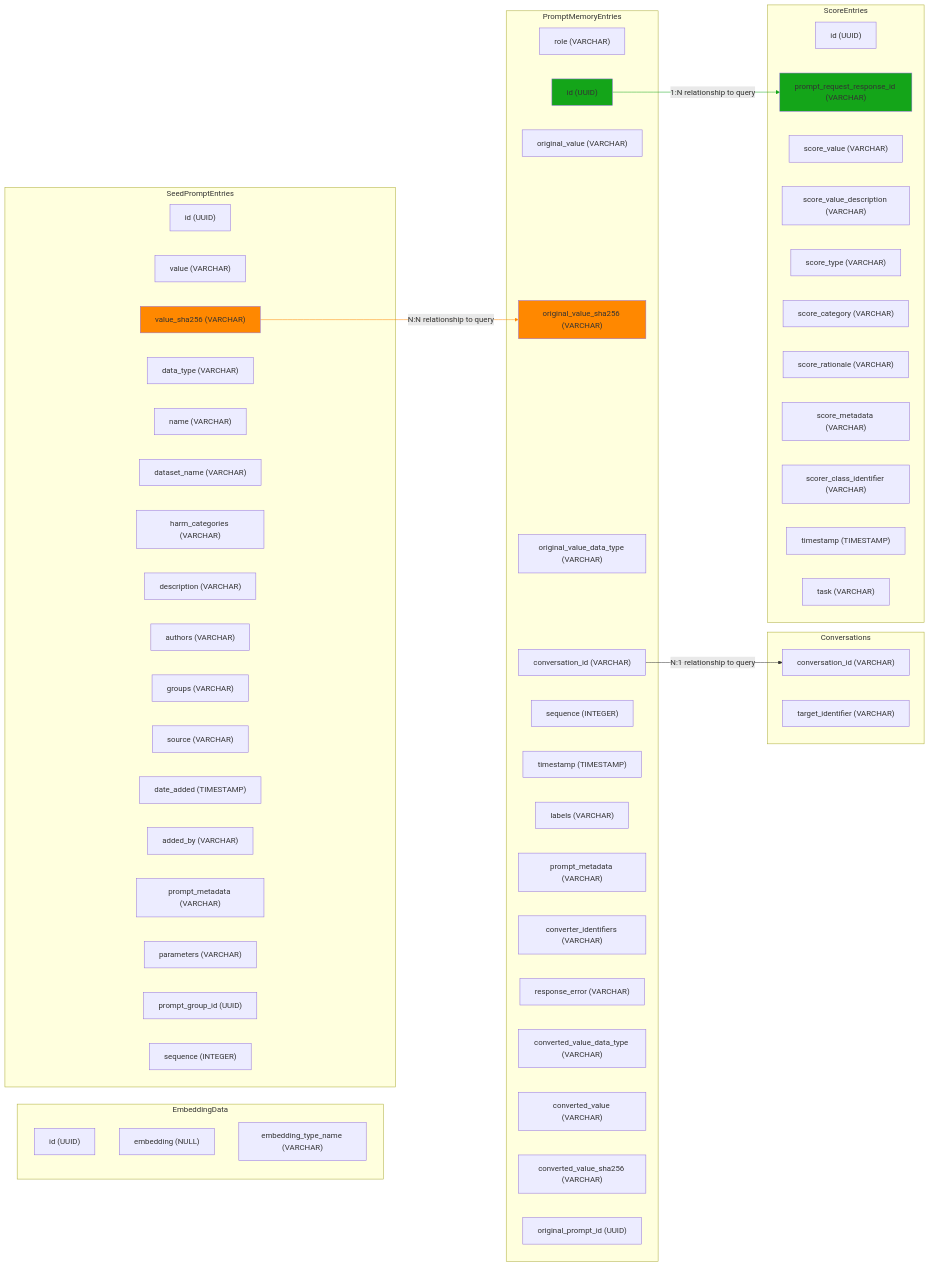
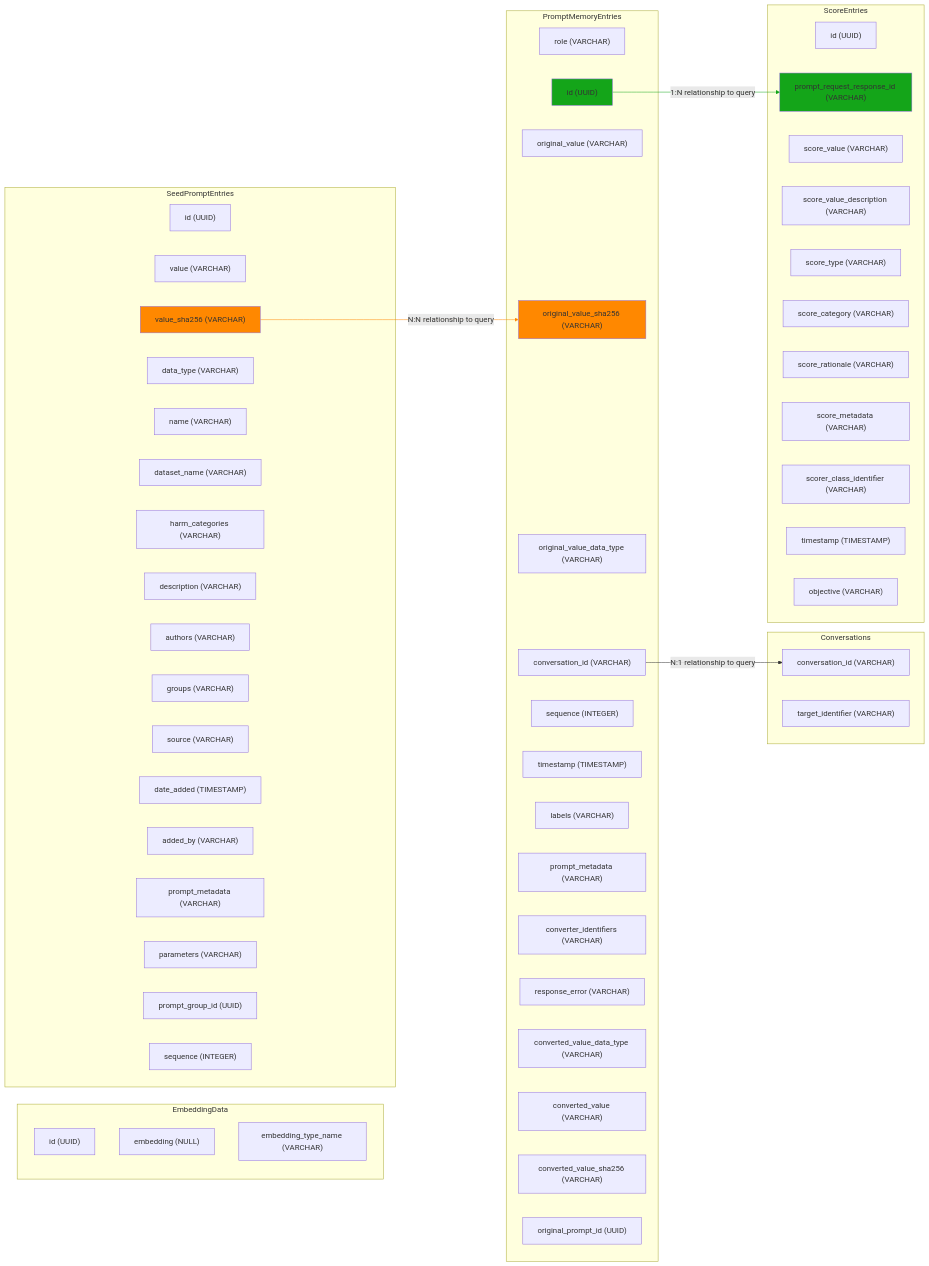
Before and after one commit to riedgar-ms/PyRIT: the diagram in doc/code/memory/9_schema_diagram.md, drawn with Mermaid. The commit also changed 97 other files, not shown here.

````diff
--- a/doc/code/memory/9_schema_diagram.md
+++ b/doc/code/memory/9_schema_diagram.md
@@ -5,72 +5,72 @@
 ```{mermaid}
 flowchart LR
  subgraph EmbeddingData["EmbeddingData"]
         E_id["id (UUID)"]
         E_embedding["embedding (NULL)"]
         E_embedding_type_name["embedding_type_name (VARCHAR)"]
   end
  subgraph SeedPromptEntries["SeedPromptEntries"]
         S_id["id (UUID)"]
         S_value["value (VARCHAR)"]
         S_value_sha256["value_sha256 (VARCHAR)"]
         S_data_type["data_type (VARCHAR)"]
         S_name["name (VARCHAR)"]
         S_dataset_name["dataset_name (VARCHAR)"]
         S_harm_categories["harm_categories (VARCHAR)"]
         S_description["description (VARCHAR)"]
         S_authors["authors (VARCHAR)"]
         S_groups["groups (VARCHAR)"]
         S_source["source (VARCHAR)"]
         S_date_added["date_added (TIMESTAMP)"]
         S_added_by["added_by (VARCHAR)"]
         S_prompt_metadata["prompt_metadata (VARCHAR)"]
         S_parameters["parameters (VARCHAR)"]
         S_prompt_group_id["prompt_group_id (UUID)"]
         S_sequence["sequence (INTEGER)"]
   end
  subgraph PromptMemoryEntries["PromptMemoryEntries"]
         P_role["role (VARCHAR)"]
         P_id["id (UUID)"]
         P_original_value["original_value (VARCHAR)"]
         P_original_value_sha256["original_value_sha256 (VARCHAR)"]
         P_original_value_data_type["original_value_data_type (VARCHAR)"]
         P_conversation_id["conversation_id (VARCHAR)"]
         P_sequence["sequence (INTEGER)"]
         P_timestamp["timestamp (TIMESTAMP)"]
         P_labels["labels (VARCHAR)"]
         P_prompt_metadata["prompt_metadata (VARCHAR)"]
         P_converter_identifiers["converter_identifiers (VARCHAR)"]
         P_response_error["response_error (VARCHAR)"]
         P_converted_value_data_type["converted_value_data_type (VARCHAR)"]
         P_converted_value["converted_value (VARCHAR)"]
         P_converted_value_sha256["converted_value_sha256 (VARCHAR)"]
         P_original_prompt_id["original_prompt_id (UUID)"]
   end
  subgraph Conversations["Conversations"]
         C_conversation_id["conversation_id (VARCHAR)"]
         C_target_identifier["target_identifier (VARCHAR)"]
   end
  subgraph ScoreEntries["ScoreEntries"]
         Sc_id["id (UUID)"]
         Sc_prompt_request_response_id["prompt_request_response_id (VARCHAR)"]
         Sc_score_value["score_value (VARCHAR)"]
         Sc_score_value_description["score_value_description (VARCHAR)"]
         Sc_score_type["score_type (VARCHAR)"]
         Sc_score_category["score_category (VARCHAR)"]
         Sc_score_rationale["score_rationale (VARCHAR)"]
         Sc_score_metadata["score_metadata (VARCHAR)"]
         Sc_scorer_class_identifier["scorer_class_identifier (VARCHAR)"]
         Sc_timestamp["timestamp (TIMESTAMP)"]
-        Sc_task["task (VARCHAR)"]
+        Sc_objective["objective (VARCHAR)"]
   end
     S_value_sha256 -- N:N relationship to query --> P_original_value_sha256
     P_id -- 1:N relationship to query --> Sc_prompt_request_response_id
     P_conversation_id -- N:1 relationship to query --> C_conversation_id
 
     style S_value_sha256 fill:#ff8800ff
     style P_id fill:#14a519ff
     style P_original_value_sha256 fill:#ff8800ff
     style Sc_prompt_request_response_id fill:#14a519ff
     linkStyle 0 stroke:#ff8800ff,fill:none
     linkStyle 1 stroke:#14a519ff
 ```
````
